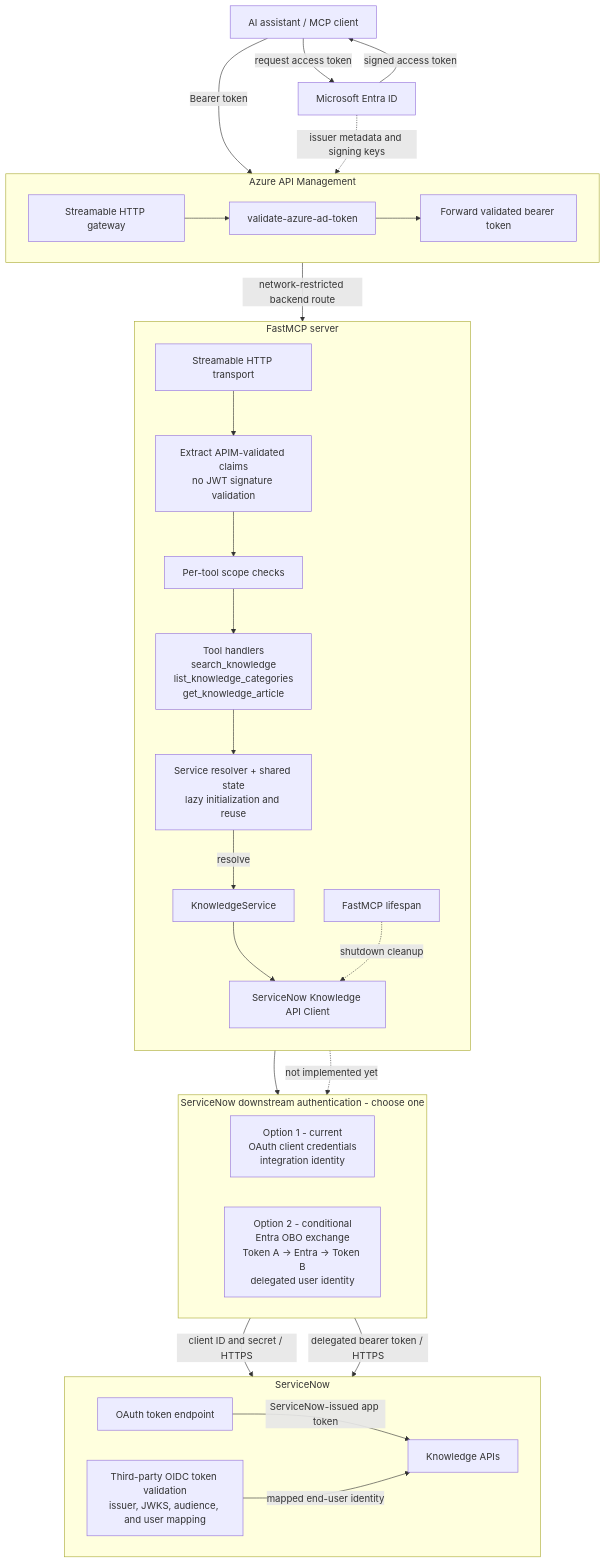
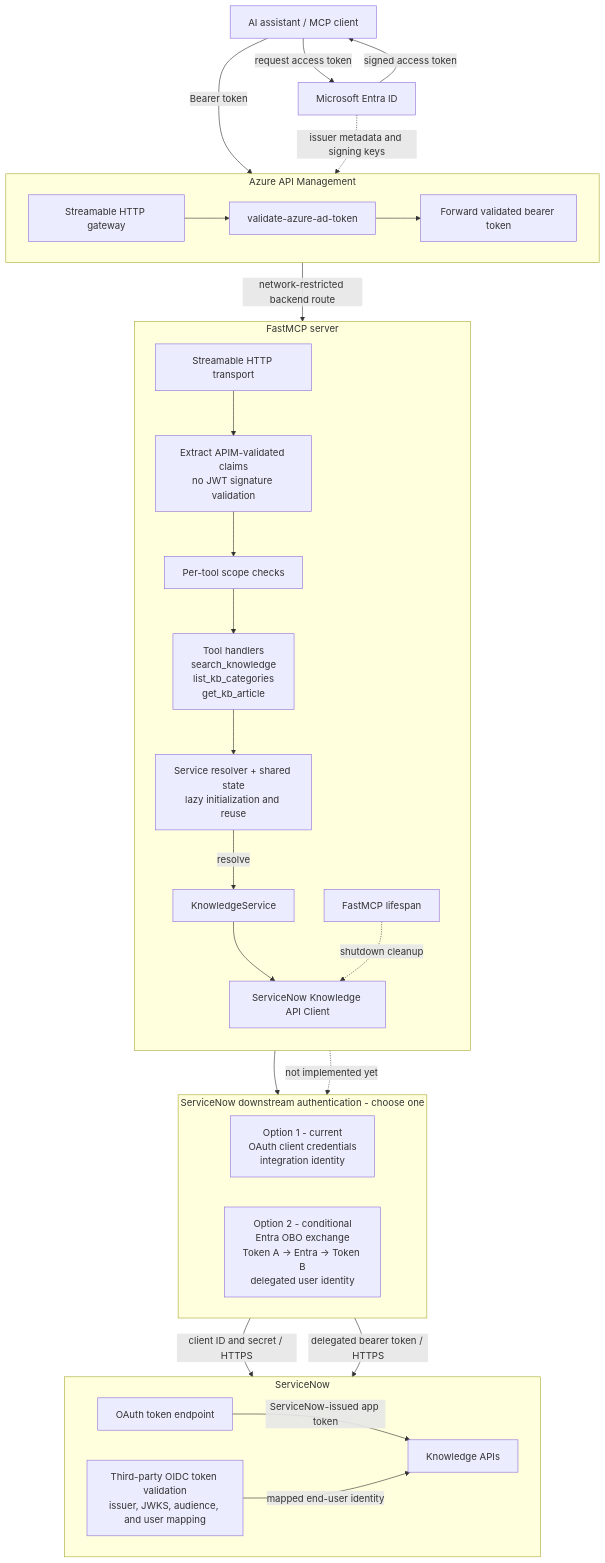
One commit to Xingyuj/SnowMCP changed the diagram in README.md. Above: the diagram before and after it, drawn with Mermaid. The commit also changed other lines of this file and 5 other files, not shown here.

Commit message:
refactor(tools): align public MCP tool names

````diff
--- a/README.md
+++ b/README.md
@@ -161,61 +161,61 @@
 ```mermaid
 flowchart TB
     Client[AI assistant / MCP client]
     Entra[Microsoft Entra ID]
 
     subgraph APIM[Azure API Management]
         direction LR
         Gateway[Streamable HTTP gateway]
         Validate[validate-azure-ad-token]
         Forward[Forward validated bearer token]
 
         Gateway --> Validate
         Validate --> Forward
     end
 
     subgraph FastMCP[FastMCP server]
         direction TB
         Transport[Streamable HTTP transport]
         Claims["Extract APIM-validated claims<br/>no JWT signature validation"]
         Scopes[Per-tool scope checks]
-        Tools["Tool handlers<br/>search_knowledge<br/>list_knowledge_categories<br/>get_knowledge_article"]
+        Tools["Tool handlers<br/>search_knowledge<br/>list_kb_categories<br/>get_kb_article"]
         Resolver["Service resolver + shared state<br/>lazy initialization and reuse"]
         Service[KnowledgeService]
         API[ServiceNow Knowledge API Client]
         Lifecycle[FastMCP lifespan]
 
         Transport --> Claims
         Claims --> Scopes
         Scopes --> Tools
         Tools --> Resolver
         Resolver -->|resolve| Service
         Service --> API
         Lifecycle -.->|shutdown cleanup| API
     end
 
     subgraph DownstreamAuth[ServiceNow downstream authentication - choose one]
         direction LR
         ClientCredentials["Option 1 - current<br/>OAuth client credentials<br/>integration identity"]
         OBO["Option 2 - conditional<br/>Entra OBO exchange<br/>Token A → Entra → Token B<br/>delegated user identity"]
     end
 
     subgraph ServiceNow[ServiceNow]
         direction LR
         TokenEndpoint[OAuth token endpoint]
         OIDC["Third-party OIDC token validation<br/>issuer, JWKS, audience, and user mapping"]
         SN[Knowledge APIs]
 
         TokenEndpoint -->|ServiceNow-issued app token| SN
         OIDC -->|mapped end-user identity| SN
     end
 
     Client -->|request access token| Entra
     Entra -->|signed access token| Client
     Client -->|Bearer token| Gateway
     Entra -.->|issuer metadata and signing keys| Validate
     Forward -->|network-restricted backend route| Transport
     API --> ClientCredentials
     ClientCredentials -->|client ID and secret / HTTPS| TokenEndpoint
     API -.->|not implemented yet| OBO
     OBO -->|delegated bearer token / HTTPS| OIDC
 ```
````
